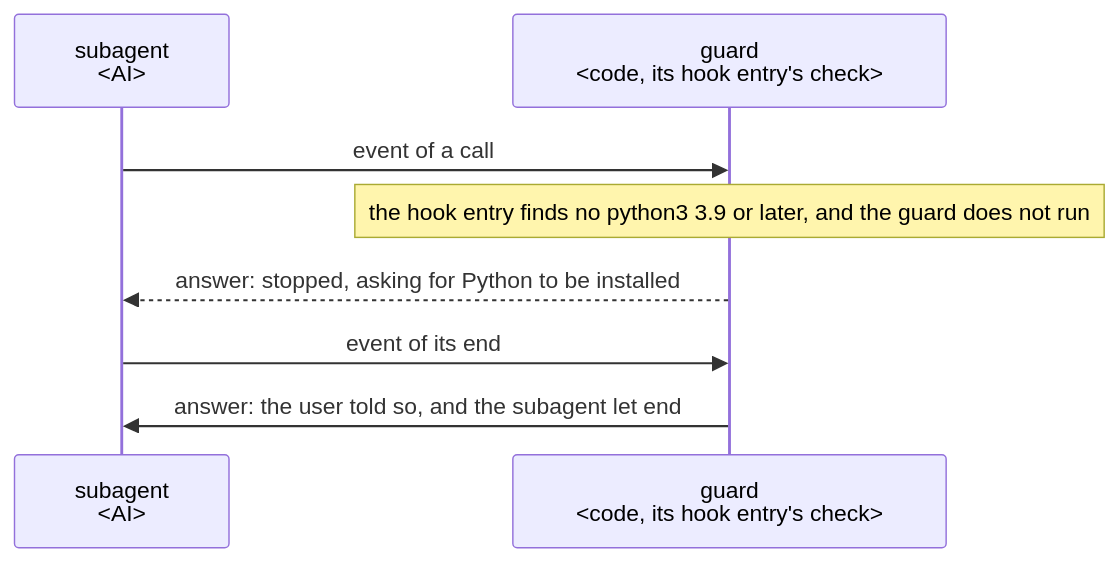
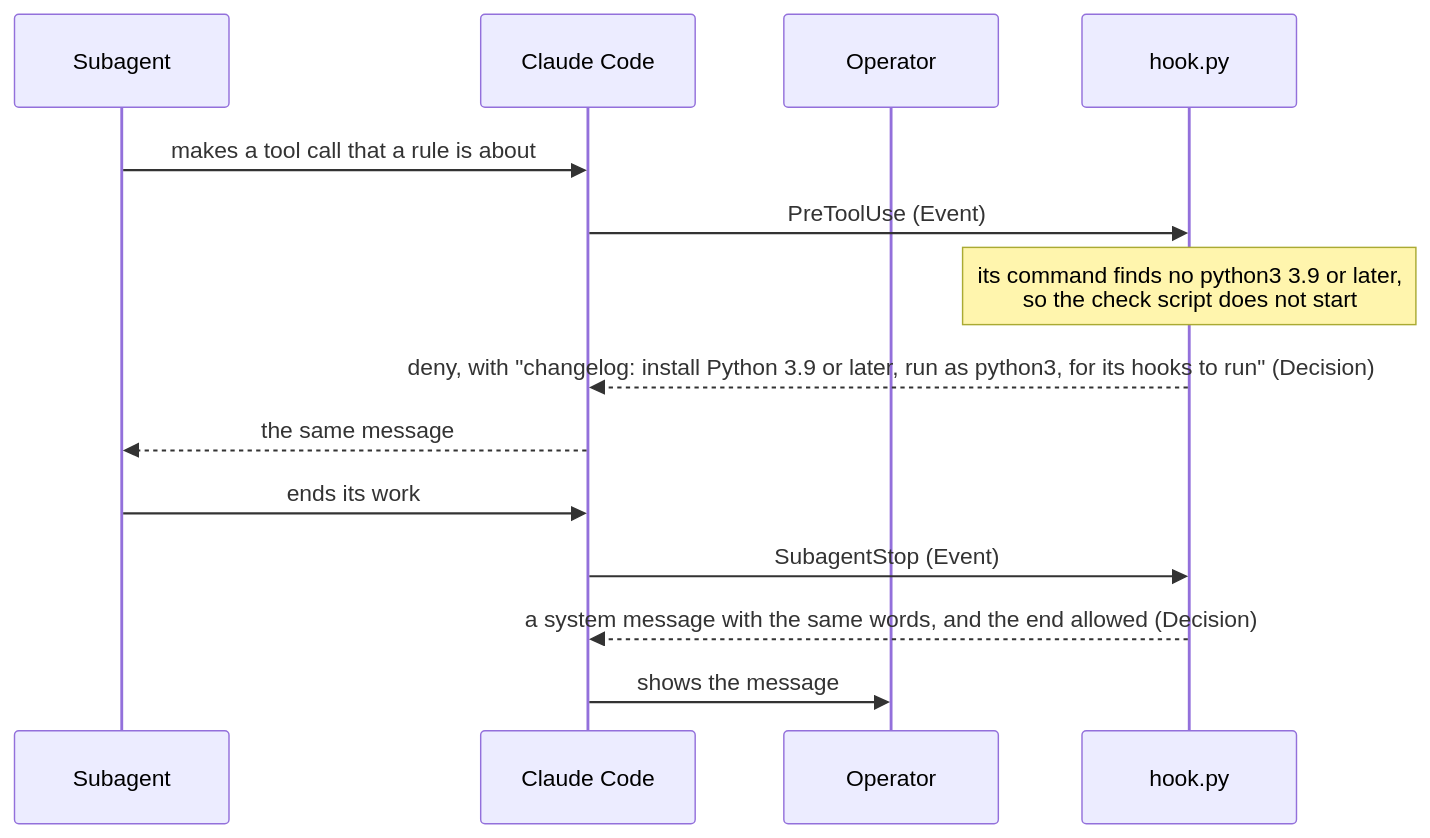
The sixth of 7 diagrams in dev/lane/architecture.md (lovaizu/ccpm), drawn with Mermaid before and after one commit. The commit also changed other lines of this file and 3 other files, not shown here.

First line of the commit message:
Rewrite lane's architecture on its template and the new UX

````diff
--- a/dev/lane/architecture.md
+++ b/dev/lane/architecture.md
@@ -288,10 +342,16 @@
 ```mermaid
 sequenceDiagram
-  participant S as subagent<br/>#lt;AI#gt;
-  participant G as guard<br/>#lt;code, its hook entry's check#gt;
-  S->>G: event of a call
-  Note over G: the hook entry finds no python3 3.9 or later, and the guard does not run
-  G-->>S: answer: stopped, asking for Python to be installed
-  S->>G: event of its end
-  G->>S: answer: the user told so, and the subagent let end
+  participant SA as Subagent
+  participant CC as Claude Code
+  participant OP as Operator
+  participant H as hook.py
+  SA->>CC: makes a tool call that a rule is about
+  CC->>H: PreToolUse (Event)
+  Note over H: its command finds no python3 3.9 or later,<br>so the check script does not start
+  H-->>CC: deny, with "changelog: install Python 3.9 or later, run as python3, for its hooks to run" (Decision)
+  CC-->>SA: the same message
+  SA->>CC: ends its work
+  CC->>H: SubagentStop (Event)
+  H-->>CC: a system message with the same words, and the end allowed (Decision)
+  CC->>OP: shows the message
 ```
````
